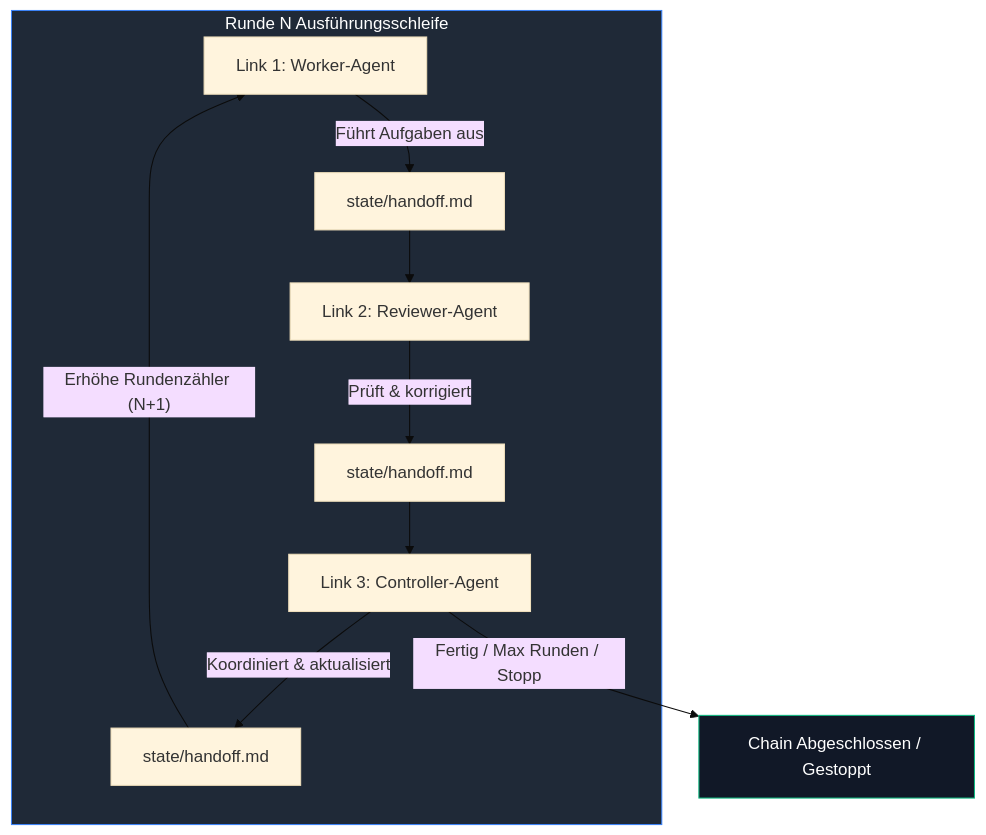
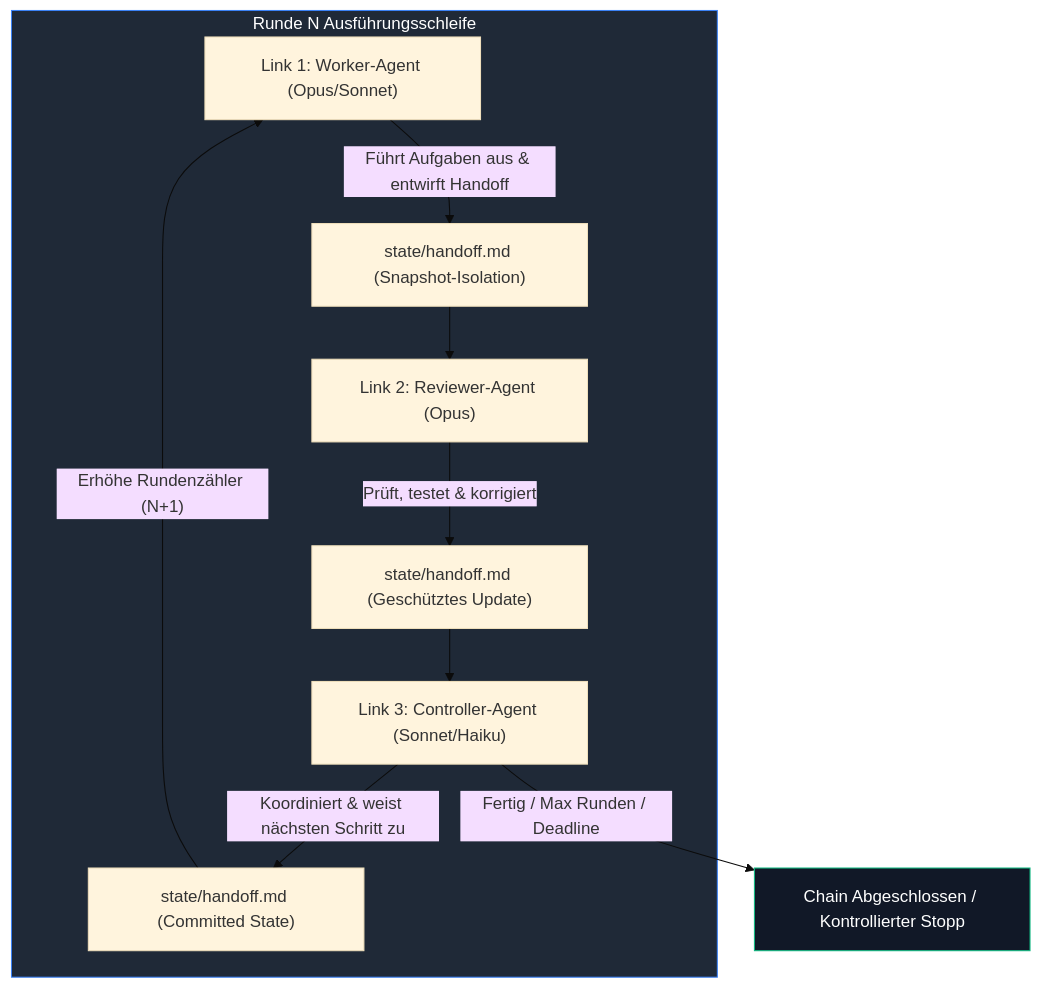
One commit to ellmos-ai/MarbleRun changed the first of 2 diagrams in README_de.md. Above: the diagram before and after it, drawn with Mermaid (base theme). The commit also changed other lines of this file and 5 other files, not shown here.

Commit message:
docs(marketing): add visual showcase, sequence diagram, invariants matrix & sibling ecosystem [G 2026-08-25]

````diff
--- a/README_de.md
+++ b/README_de.md
@@ -202,15 +202,15 @@
 ```mermaid
 graph TD
     subgraph Round["Runde N Ausführungsschleife"]
-        W["Link 1: Worker-Agent"] -->|"Führt Aufgaben aus"| H1["state/handoff.md"]
-        H1 --> R["Link 2: Reviewer-Agent"]
-        R -->|"Prüft & korrigiert"| H2["state/handoff.md"]
-        H2 --> C["Link 3: Controller-Agent"]
-        C -->|"Koordiniert & aktualisiert"| H3["state/handoff.md"]
+        W["Link 1: Worker-Agent (Opus/Sonnet)"] -->|"Führt Aufgaben aus & entwirft Handoff"| H1["state/handoff.md (Snapshot-Isolation)"]
+        H1 --> R["Link 2: Reviewer-Agent (Opus)"]
+        R -->|"Prüft, testet & korrigiert"| H2["state/handoff.md (Geschütztes Update)"]
+        H2 --> C["Link 3: Controller-Agent (Sonnet/Haiku)"]
+        C -->|"Koordiniert & weist nächsten Schritt zu"| H3["state/handoff.md (Committed State)"]
     end
     H3 -->|"Erhöhe Rundenzähler (N+1)"| W
-    C -->|"Fertig / Max Runden / Stopp"| END["Chain Abgeschlossen / Gestoppt"]
+    C -->|"Fertig / Max Runden / Deadline"| END["Chain Abgeschlossen / Kontrollierter Stopp"]
 
     style Round fill:#1f2937,stroke:#3b82f6,color:#fff
     style END fill:#111827,stroke:#10b981,color:#fff
 ```
````
